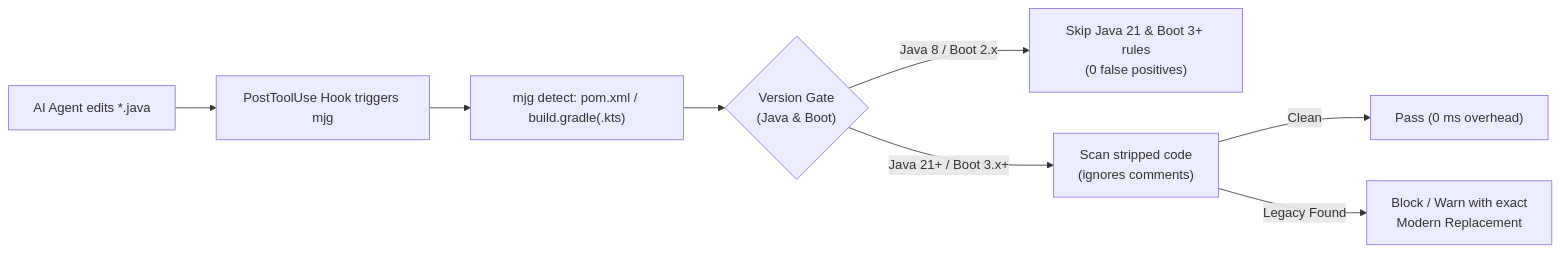
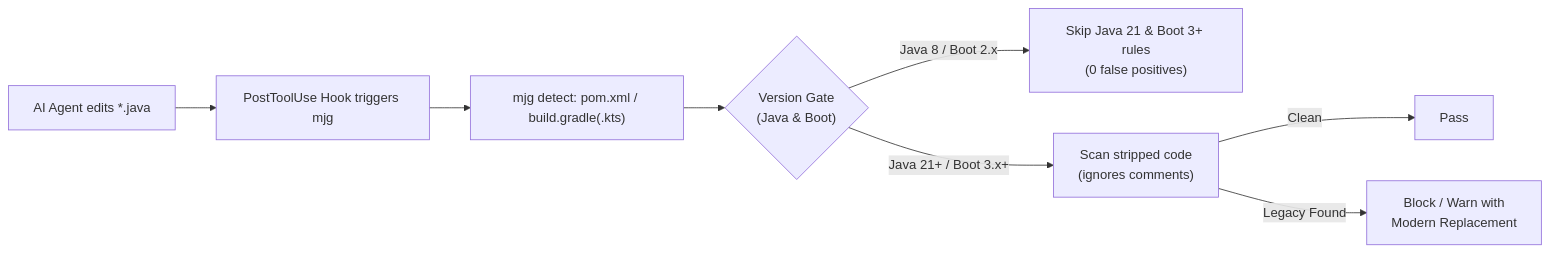
The diagram in README.md (wkd09/modern-java-guidance), drawn with Mermaid before and after one commit. The commit also changed other lines of this file, not shown here.

````diff
--- a/README.md
+++ b/README.md
@@ -86,10 +184,10 @@
 ```mermaid
 flowchart LR
     A["AI Agent edits *.java"] --> B["PostToolUse Hook triggers mjg"]
     B --> C["mjg detect: pom.xml / build.gradle(.kts)"]
     C --> D{"Version Gate<br/>(Java & Boot)"}
     D -->|"Java 8 / Boot 2.x"| E["Skip Java 21 & Boot 3+ rules<br/>(0 false positives)"]
     D -->|"Java 21+ / Boot 3.x+"| F["Scan stripped code<br/>(ignores comments)"]
-    F -->|"Clean"| G["Pass (0 ms overhead)"]
-    F -->|"Legacy Found"| H["Block / Warn with exact<br/>Modern Replacement"]
+    F -->|"Clean"| G["Pass"]
+    F -->|"Legacy Found"| H["Block / Warn with<br/>Modern Replacement"]
 ```
````
